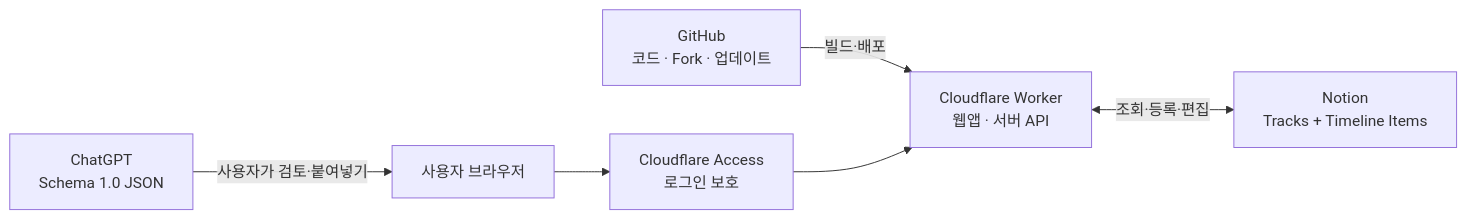
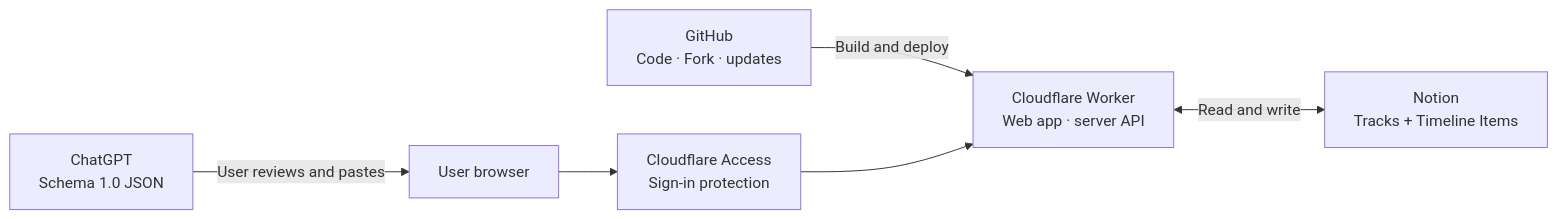
Before and after one commit to Gie-ok-Hie-ut/kairosia-history-builder: the diagram in README.md, drawn with Mermaid. The commit also changed other lines of this file and 2 other files, not shown here.

````diff
--- a/README.md
+++ b/README.md
@@ -32,8 +32,8 @@
 ```mermaid
 flowchart LR
-    G["GitHub<br/>코드 · Fork · 업데이트"] -->|빌드·배포| C["Cloudflare Worker<br/>웹앱 · 서버 API"]
-    U["사용자 브라우저"] --> A["Cloudflare Access<br/>로그인 보호"]
+    G["GitHub<br/>Code · Fork · updates"] -->|Build and deploy| C["Cloudflare Worker<br/>Web app · server API"]
+    U["User browser"] --> A["Cloudflare Access<br/>Sign-in protection"]
     A --> C
-    C <-->|조회·등록·편집| N["Notion<br/>Tracks + Timeline Items"]
-    H["ChatGPT<br/>Schema 1.0 JSON"] -->|사용자가 검토·붙여넣기| U
+    C <-->|Read and write| N["Notion<br/>Tracks + Timeline Items"]
+    H["ChatGPT<br/>Schema 1.0 JSON"] -->|User reviews and pastes| U
 ```
````
